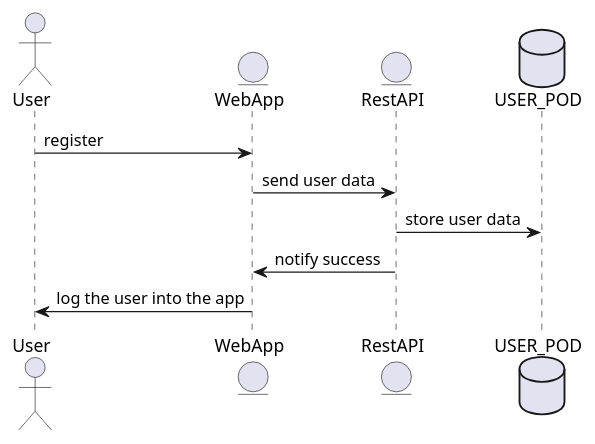
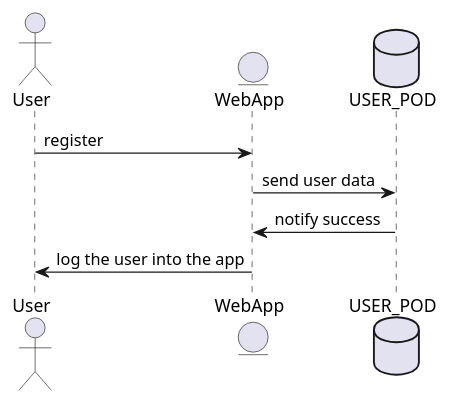
One commit to Arquisoft/lomap_es5c changed the first of 7 diagrams in docs/06_runtime_view.adoc. Above: the diagram before and after it, drawn with PlantUML. The commit also changed other lines of this file and 6 other files, not shown here.

```diff
--- a/docs/06_runtime_view.adoc
+++ b/docs/06_runtime_view.adoc
@@ -34,13 +34,11 @@
 [plantuml,"register diagram",png]
 ----
 actor User
 entity EntityWeb as "WebApp"
-entity EntityRest as "RestAPI"
 database Pod as "USER_POD"
 
 User -> EntityWeb: register
-EntityWeb -> EntityRest: send user data 
-EntityRest -> Pod: store user data
-EntityRest -> EntityWeb: notify success
+EntityWeb -> Pod: send user data 
+Pod -> EntityWeb: notify success
 EntityWeb -> User: log the user into the app
 ----
```
